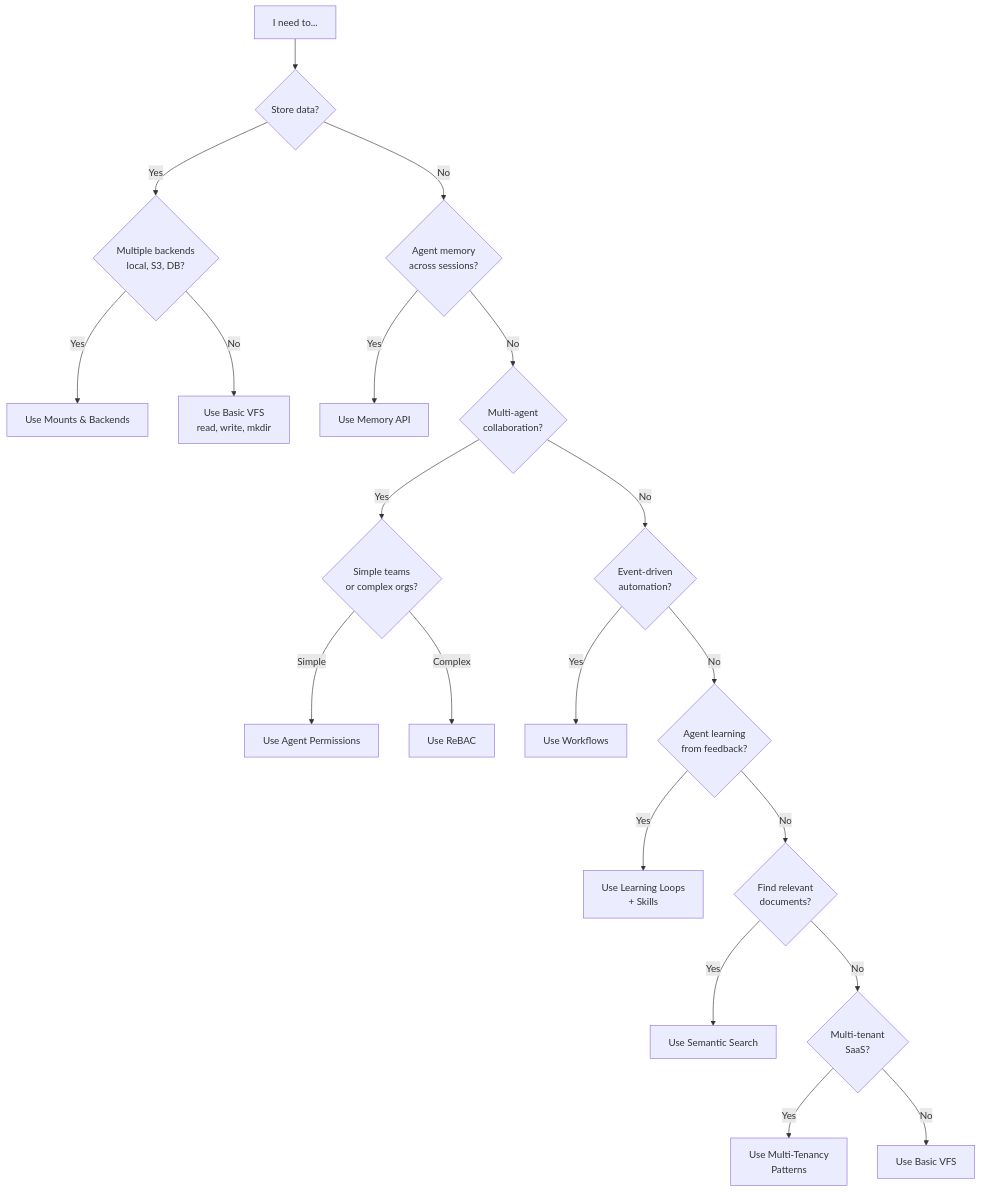
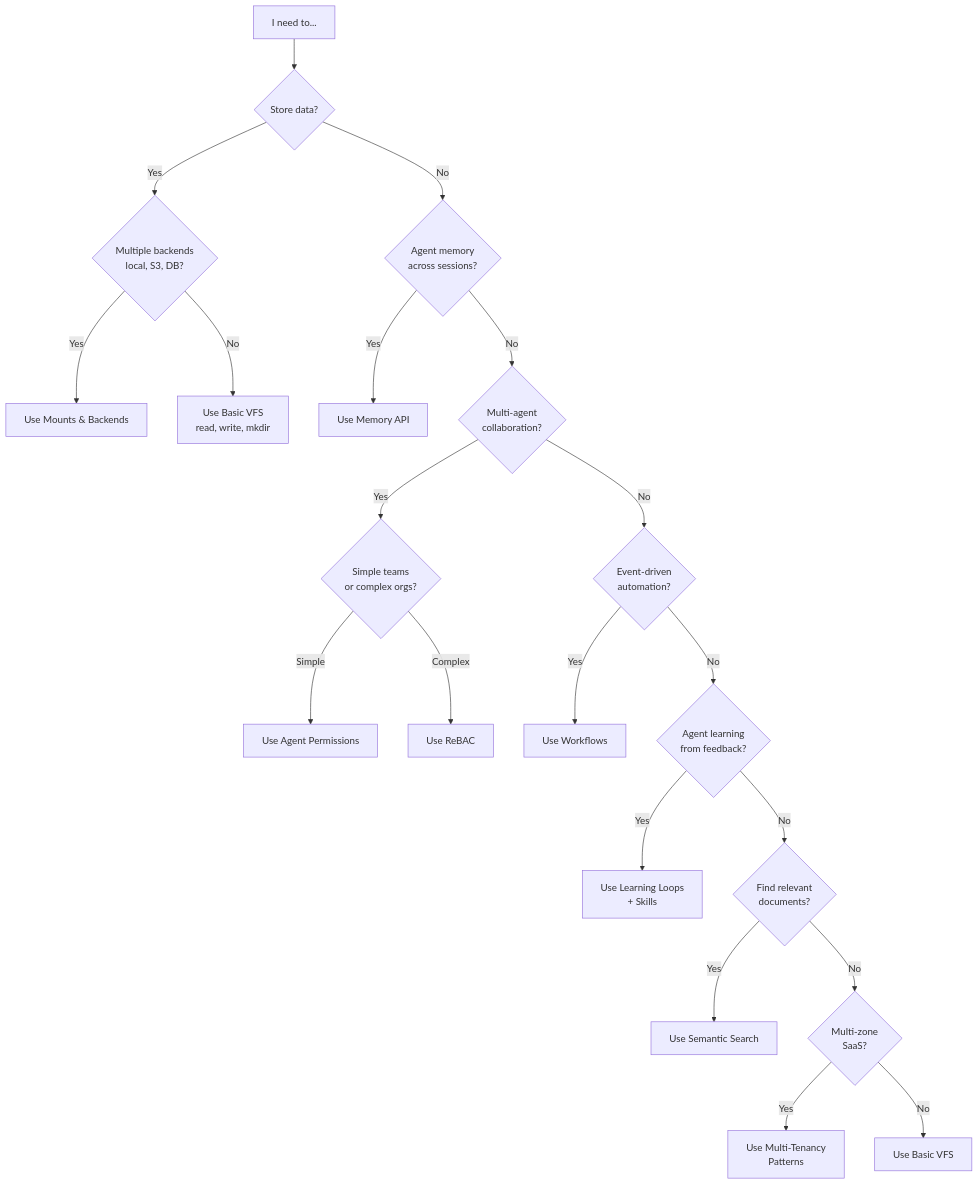
One commit to nexi-lab/nexus changed the first of 4 diagrams in docs/concepts/when-to-use-what.md. Above: the diagram before and after it, drawn with Mermaid. The commit also changed other lines of this file and 420 other files, not shown here.

First line of the commit message:
refactor(#1159): Rename tenant→zone and add Raft distributed store

````diff
--- a/docs/concepts/when-to-use-what.md
+++ b/docs/concepts/when-to-use-what.md
@@ -13,29 +13,29 @@
 ```mermaid
 graph TD
     Start[I need to...] --> Q1{Store data?}
 
     Q1 -->|Yes| Q2{Multiple backends<br/>local, S3, DB?}
     Q2 -->|Yes| Mounts[Use Mounts & Backends]
     Q2 -->|No| Simple[Use Basic VFS<br/>read, write, mkdir]
 
     Q1 -->|No| Q3{Agent memory<br/>across sessions?}
     Q3 -->|Yes| Memory[Use Memory API]
     Q3 -->|No| Q4{Multi-agent<br/>collaboration?}
 
     Q4 -->|Yes| Q5{Simple teams<br/>or complex orgs?}
     Q5 -->|Simple| AgentPerms[Use Agent Permissions]
     Q5 -->|Complex| ReBAC[Use ReBAC]
 
     Q4 -->|No| Q6{Event-driven<br/>automation?}
     Q6 -->|Yes| Workflows[Use Workflows]
     Q6 -->|No| Q7{Agent learning<br/>from feedback?}
 
     Q7 -->|Yes| Learning[Use Learning Loops<br/>+ Skills]
     Q7 -->|No| Q8{Find relevant<br/>documents?}
 
     Q8 -->|Yes| Search[Use Semantic Search]
-    Q8 -->|No| Q9{Multi-tenant<br/>SaaS?}
+    Q8 -->|No| Q9{Multi-zone<br/>SaaS?}
 
     Q9 -->|Yes| Tenancy[Use Multi-Tenancy<br/>Patterns]
     Q9 -->|No| Basic[Use Basic VFS]
 ```
````
